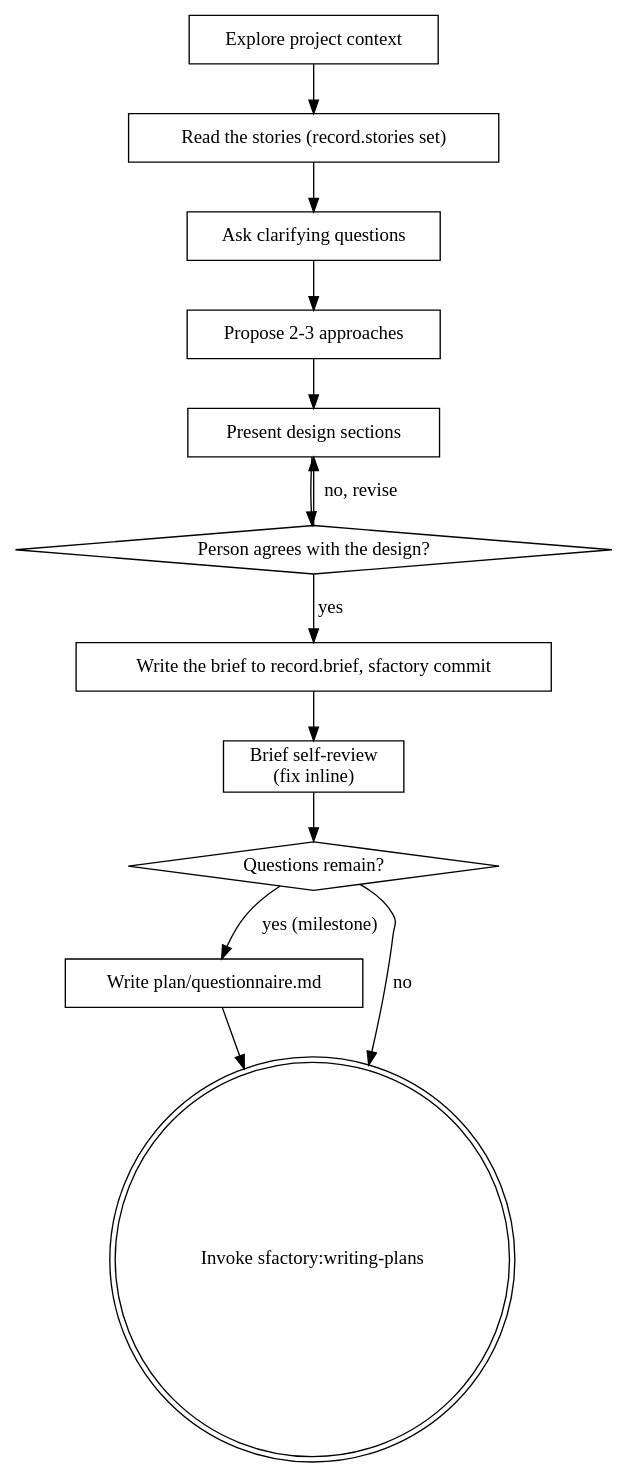
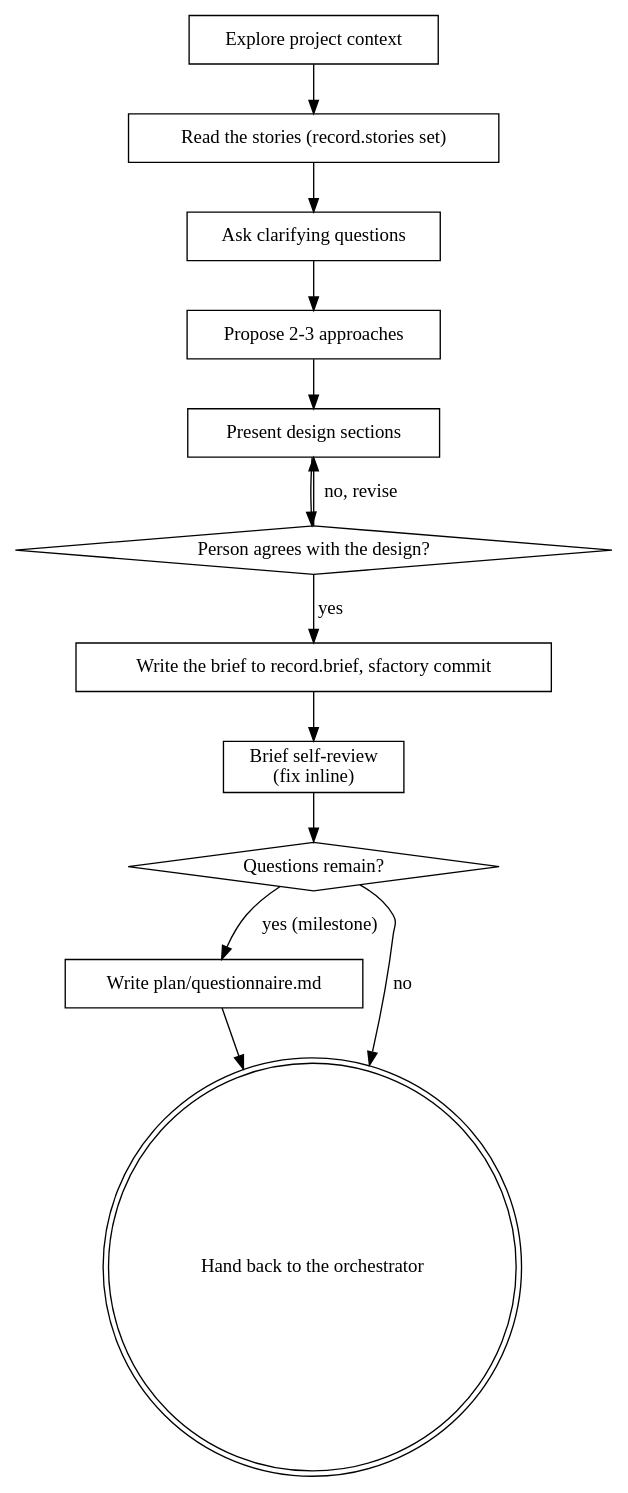
Before and after one commit to ShivamH1/sfactory: the diagram in skills/brainstorming/SKILL.md, drawn with Graphviz. The commit also changed other lines of this file and 3 other files, not shown here.

First line of the commit message:
fix(skills): brainstorming hands back to the orchestrator; a fix card moves to building on fixcard exit 0

````diff
--- a/skills/brainstorming/SKILL.md
+++ b/skills/brainstorming/SKILL.md
@@ -47,28 +47,28 @@
 ```dot
 digraph brainstorming {
     "Explore project context" [shape=box];
     "Read the stories (record.stories set)" [shape=box];
     "Ask clarifying questions" [shape=box];
     "Propose 2-3 approaches" [shape=box];
     "Present design sections" [shape=box];
     "Person agrees with the design?" [shape=diamond];
     "Write the brief to record.brief, sfactory commit" [shape=box];
     "Brief self-review\n(fix inline)" [shape=box];
     "Questions remain?" [shape=diamond];
     "Write plan/questionnaire.md" [shape=box];
-    "Invoke sfactory:writing-plans" [shape=doublecircle];
+    "Hand back to the orchestrator" [shape=doublecircle];
 
     "Explore project context" -> "Read the stories (record.stories set)";
     "Read the stories (record.stories set)" -> "Ask clarifying questions";
     "Ask clarifying questions" -> "Propose 2-3 approaches";
     "Propose 2-3 approaches" -> "Present design sections";
     "Present design sections" -> "Person agrees with the design?";
     "Person agrees with the design?" -> "Present design sections" [label="no, revise"];
     "Person agrees with the design?" -> "Write the brief to record.brief, sfactory commit" [label="yes"];
     "Write the brief to record.brief, sfactory commit" -> "Brief self-review\n(fix inline)";
     "Brief self-review\n(fix inline)" -> "Questions remain?";
     "Questions remain?" -> "Write plan/questionnaire.md" [label="yes (milestone)"];
-    "Questions remain?" -> "Invoke sfactory:writing-plans" [label="no"];
-    "Write plan/questionnaire.md" -> "Invoke sfactory:writing-plans";
+    "Questions remain?" -> "Hand back to the orchestrator" [label="no"];
+    "Write plan/questionnaire.md" -> "Hand back to the orchestrator";
 }
 ```
````
